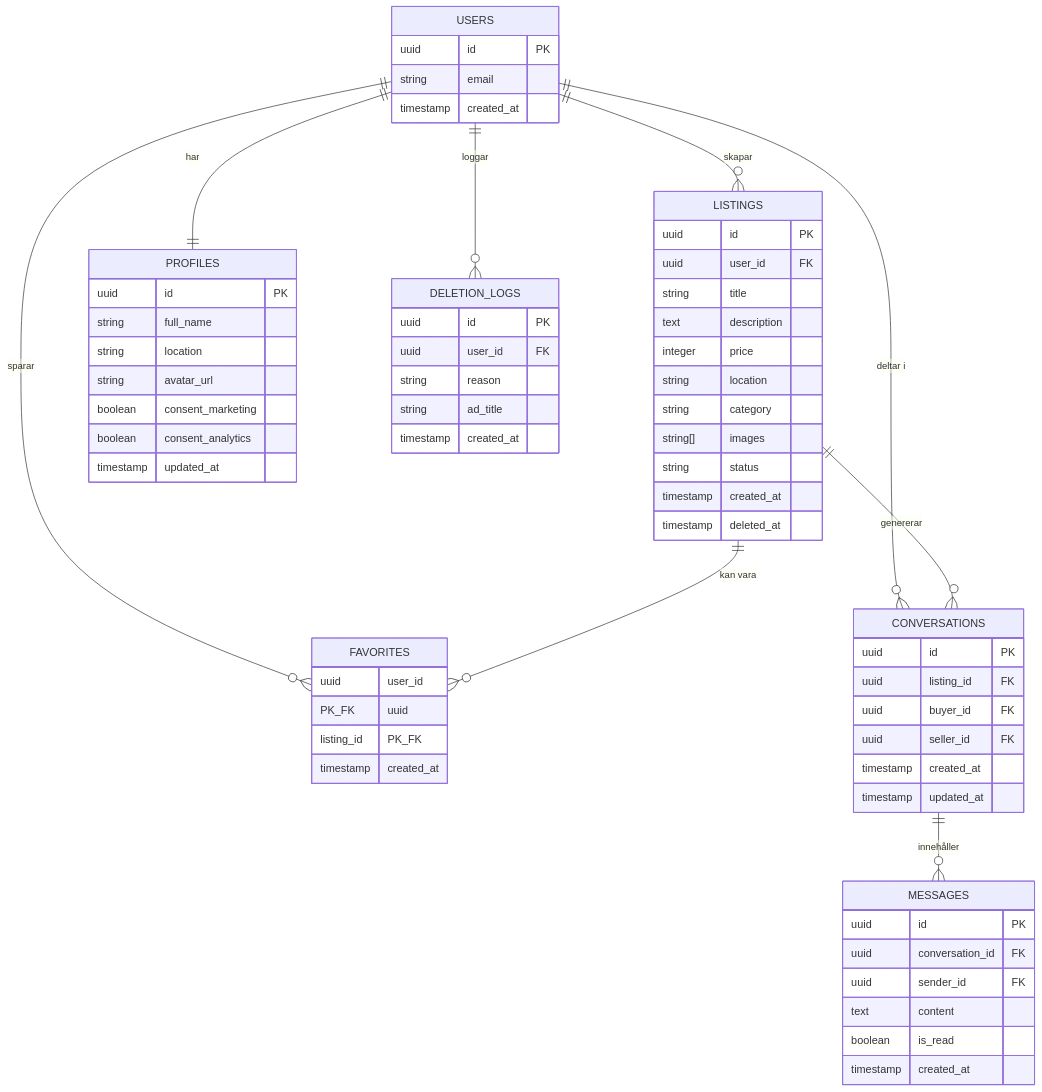
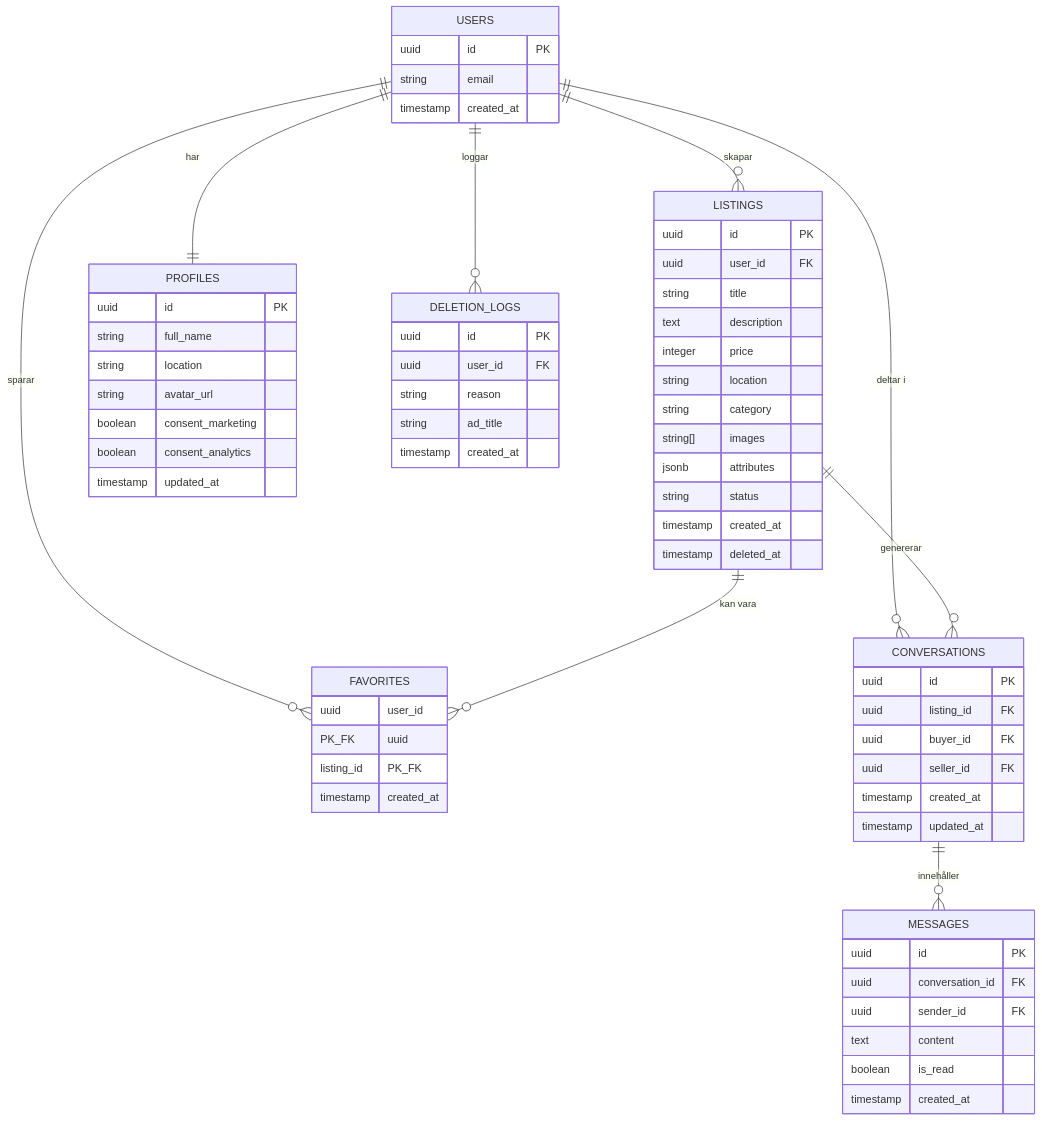
One commit to Sokhar-admin2025/kollahar changed the third of 4 diagrams in docs/01-SYSTEM_ARCHITECT.md. Above: the diagram before and after it, drawn with Mermaid. The commit also changed other lines of this file and 1 other file, not shown here.

````diff
--- a/docs/01-SYSTEM_ARCHITECT.md
+++ b/docs/01-SYSTEM_ARCHITECT.md
@@ -149,73 +149,74 @@
 ```mermaid
 erDiagram
     USERS ||--o{ LISTINGS : "skapar"
     USERS ||--o{ FAVORITES : "sparar"
     USERS ||--o{ CONVERSATIONS : "deltar i"
     USERS ||--|| PROFILES : "har"
     LISTINGS ||--o{ FAVORITES : "kan vara"
     LISTINGS ||--o{ CONVERSATIONS : "genererar"
     CONVERSATIONS ||--o{ MESSAGES : "innehåller"
     USERS ||--o{ DELETION_LOGS : "loggar"
 
     USERS {
         uuid id PK
         string email
         timestamp created_at
     }
 
     PROFILES {
         uuid id PK
         string full_name
         string location
         string avatar_url
         boolean consent_marketing
         boolean consent_analytics
         timestamp updated_at
     }
 
     LISTINGS {
         uuid id PK
         uuid user_id FK
         string title
         text description
         integer price
         string location
         string category
         string[] images
+        jsonb attributes
         string status
         timestamp created_at
         timestamp deleted_at
     }
 
     FAVORITES {
         uuid user_id PK_FK
         uuid listing_id PK_FK
         timestamp created_at
     }
 
     CONVERSATIONS {
         uuid id PK
         uuid listing_id FK
         uuid buyer_id FK
         uuid seller_id FK
         timestamp created_at
         timestamp updated_at
     }
 
     MESSAGES {
         uuid id PK
         uuid conversation_id FK
         uuid sender_id FK
         text content
         boolean is_read
         timestamp created_at
     }
 
     DELETION_LOGS {
         uuid id PK
         uuid user_id FK
         string reason
         string ad_title
         timestamp created_at
     }
 ```
````
